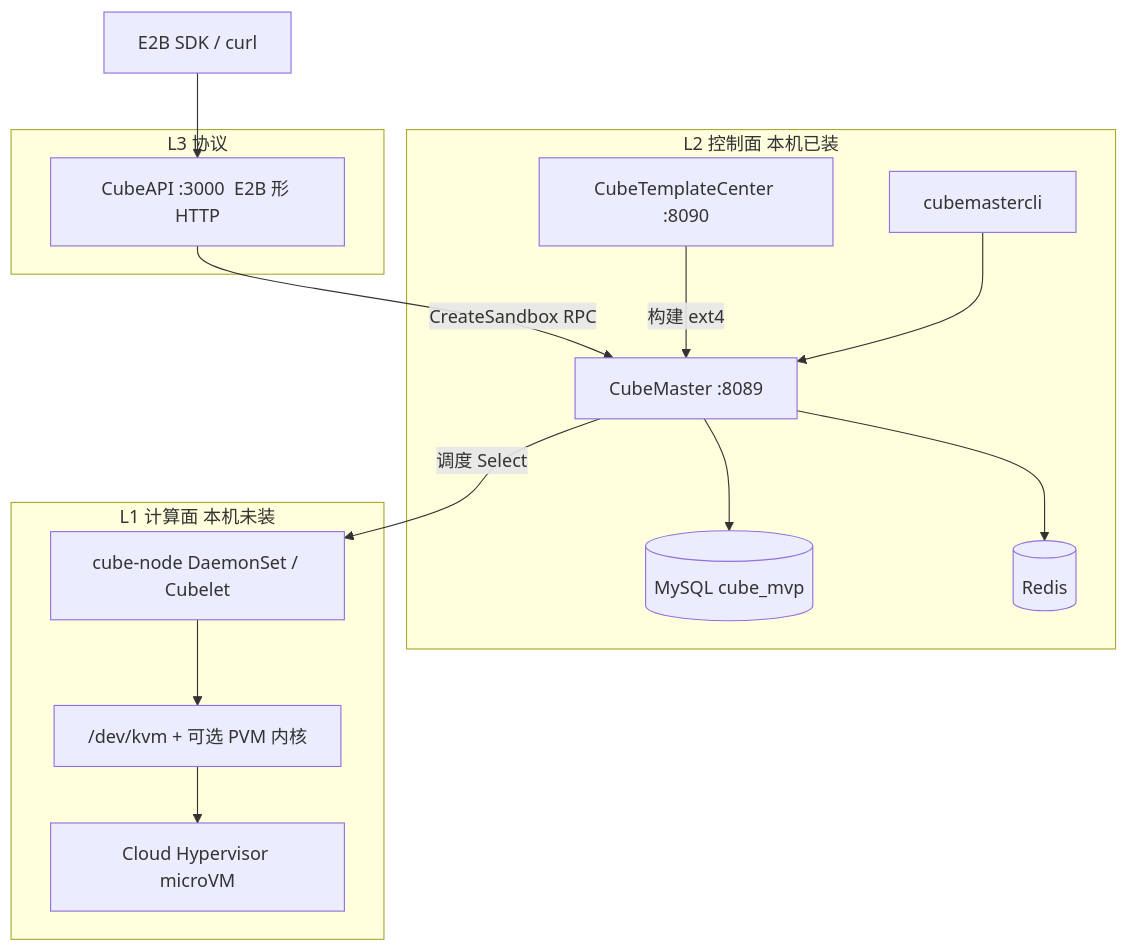
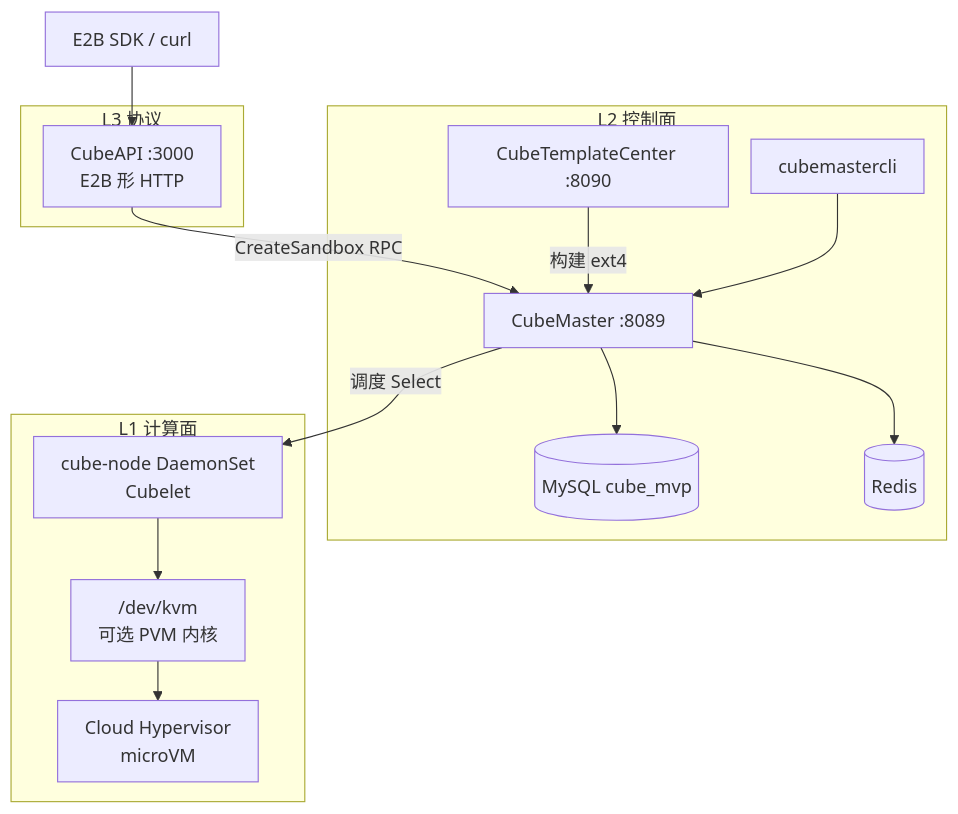
Before and after one commit to forrestIsRunning/kind-k8s-learning: the first of 4 diagrams in docs/cubesandbox-controlplane.md, drawn with Mermaid. The commit also changed other lines of this file and 2 other files, not shown here.

Commit message:
Stop mermaid diagrams from clipping labels and bottoms.

````diff
--- a/docs/cubesandbox-controlplane.md
+++ b/docs/cubesandbox-controlplane.md
@@ -30,29 +30,39 @@
 ```mermaid
+---
+config:
+  flowchart:
+    htmlLabels: true
+    wrappingWidth: 200
+    padding: 12
+    useMaxWidth: false
+    rankSpacing: 35
+    nodeSpacing: 20
+---
 flowchart TB
   subgraph L3["L3 协议"]
-    API["CubeAPI :3000  E2B 形 HTTP"]
+    API["CubeAPI :3000<br/>E2B 形 HTTP"]
   end
 
-  subgraph L2["L2 控制面 本机已装"]
+  subgraph L2["L2 控制面"]
     M["CubeMaster :8089"]
     TC["CubeTemplateCenter :8090"]
     DB[(MySQL cube_mvp)]
     RD[(Redis)]
     CLI["cubemastercli"]
   end
 
-  subgraph L1["L1 计算面 本机未装"]
-    N["cube-node DaemonSet / Cubelet"]
-    KVM["/dev/kvm + 可选 PVM 内核"]
-    VM["Cloud Hypervisor microVM"]
+  subgraph L1["L1 计算面"]
+    N["cube-node DaemonSet<br/>Cubelet"]
+    KVM["/dev/kvm<br/>可选 PVM 内核"]
+    VM["Cloud Hypervisor<br/>microVM"]
   end
 
   USER["E2B SDK / curl"] --> API
   API -->|"CreateSandbox RPC"| M
   M --> DB
   M --> RD
   M -->|"调度 Select"| N
   TC -->|"构建 ext4"| M
   CLI --> M
   N --> KVM --> VM
 ```
````
